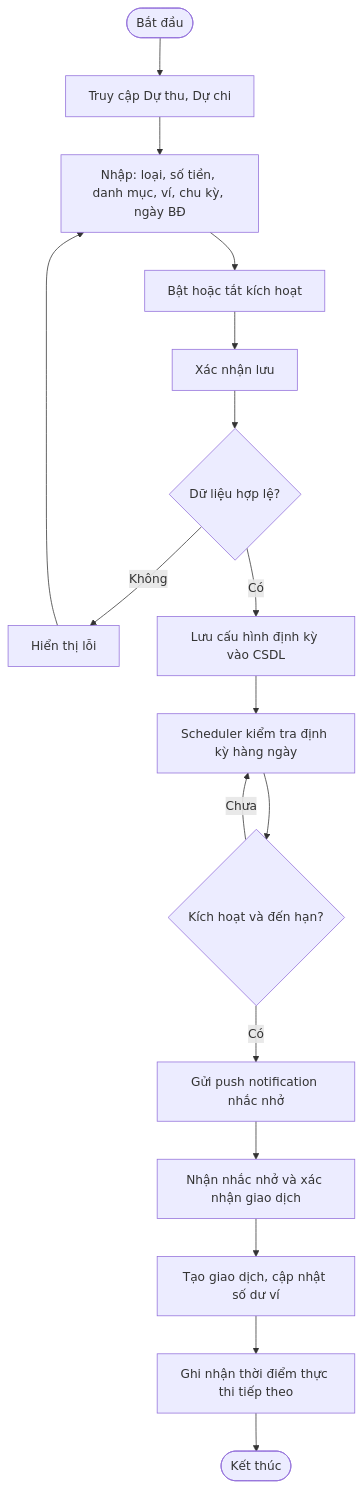
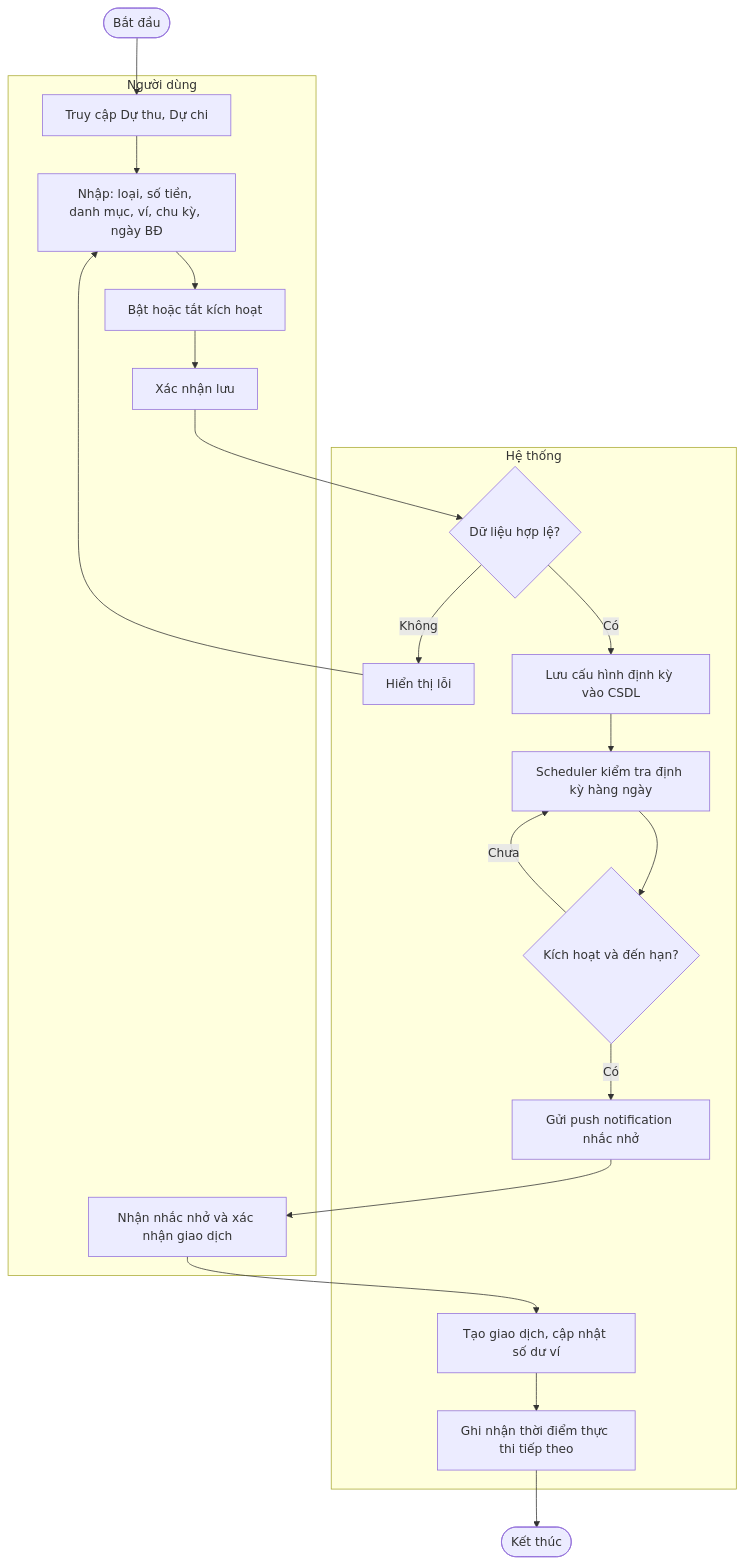
Before and after one commit to Hieu-vn/Graduation-Thesis: the fifth of 10 diagrams in Nghiên cứu MISA MoneyKeeper.md, drawn with Mermaid. The commit also changed other lines of this file, not shown here.

````diff
--- a/Nghiên cứu MISA MoneyKeeper.md
+++ b/Nghiên cứu MISA MoneyKeeper.md
@@ -156,18 +252,41 @@
 ```mermaid
 flowchart TD
-    A([Bắt đầu]) --> B[Truy cập Dự thu, Dự chi]
-    B --> C[Nhập: loại, số tiền, danh mục, ví, chu kỳ, ngày BĐ]
-    C --> D[Bật hoặc tắt kích hoạt]
-    D --> E[Xác nhận lưu]
-    E --> F{Dữ liệu hợp lệ?}
-    F -->|Không| F2[Hiển thị lỗi] --> C
-    F -->|Có| G[Lưu cấu hình định kỳ vào CSDL]
-    G --> H[Scheduler kiểm tra định kỳ hàng ngày]
-    H --> I{Kích hoạt và đến hạn?}
+    A([Bắt đầu])
+
+    subgraph NguoiDung["Người dùng"]
+        B[Truy cập Dự thu, Dự chi]
+        C[Nhập: loại, số tiền, danh mục, ví, chu kỳ, ngày BĐ]
+        D[Bật hoặc tắt kích hoạt]
+        E[Xác nhận lưu]
+        K[Nhận nhắc nhở và xác nhận giao dịch]
+    end
+
+    subgraph HeThong["Hệ thống"]
+        F{Dữ liệu hợp lệ?}
+        F2[Hiển thị lỗi]
+        G[Lưu cấu hình định kỳ vào CSDL]
+        H[Scheduler kiểm tra định kỳ hàng ngày]
+        I{Kích hoạt và đến hạn?}
+        J[Gửi push notification nhắc nhở]
+        K2[Tạo giao dịch, cập nhật số dư ví]
+        K3[Ghi nhận thời điểm thực thi tiếp theo]
+    end
+
+    L([Kết thúc])
+
+    A --> B
+    B --> C
+    C --> D
+    D --> E
+    E --> F
+    F -->|Không| F2 --> C
+    F -->|Có| G
+    G --> H
+    H --> I
     I -->|Chưa| H
-    I -->|Có| J[Gửi push notification nhắc nhở]
-    J --> K[Nhận nhắc nhở và xác nhận giao dịch]
-    K --> K2[Tạo giao dịch, cập nhật số dư ví]
-    K2 --> K3[Ghi nhận thời điểm thực thi tiếp theo]
-    K3 --> L([Kết thúc])
+    I -->|Có| J
+    J --> K
+    K --> K2
+    K2 --> K3
+    K3 --> L
 ```
````
